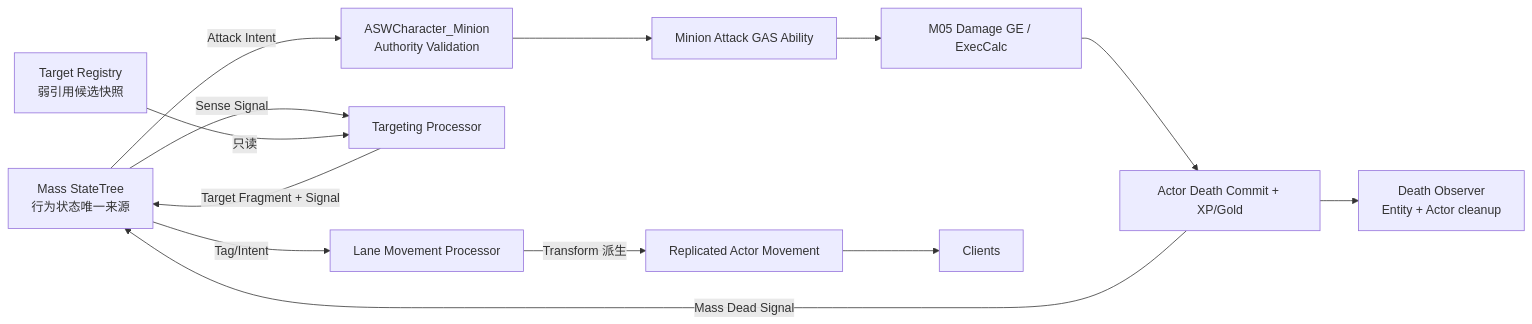
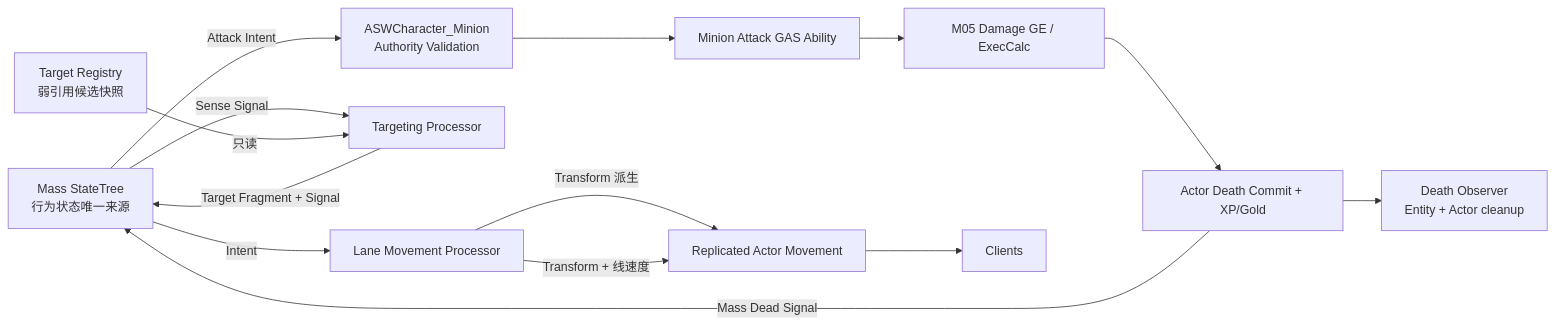
The second of 3 diagrams in Docs/Systems/M11_MassMinionAICombat.md (12456df/ScifiWorlds), drawn with Mermaid before and after one commit. The commit also changed other lines of this file and 54 other files, not shown here.

````diff
--- a/Docs/Systems/M11_MassMinionAICombat.md
+++ b/Docs/Systems/M11_MassMinionAICombat.md
@@ -123,15 +127,16 @@
 ```mermaid
 flowchart LR
-    ST["Mass StateTree\n行为状态唯一来源"] -->|"Tag/Intent"| Move["Lane Movement Processor"]
+    ST["Mass StateTree\n行为状态唯一来源"] -->|"Intent"| Move["Lane Movement Processor"]
     ST -->|"Sense Signal"| Target["Targeting Processor"]
     Registry["Target Registry\n弱引用候选快照"] -->|"只读"| Target
     Target -->|"Target Fragment + Signal"| ST
     ST -->|"Attack Intent"| Bridge["ASWCharacter_Minion\nAuthority Validation"]
     Bridge --> Ability["Minion Attack GAS Ability"]
     Ability --> Damage["M05 Damage GE / ExecCalc"]
     Damage --> Death["Actor Death Commit + XP/Gold"]
     Death -->|"Mass Dead Signal"| ST
     Death --> Cleanup["Death Observer\nEntity + Actor cleanup"]
     Move -->|"Transform 派生"| ActorRep["Replicated Actor Movement"]
+    Move -->|"Transform + 线速度"| ActorRep
     ActorRep --> Clients["Clients"]
 ```
````
